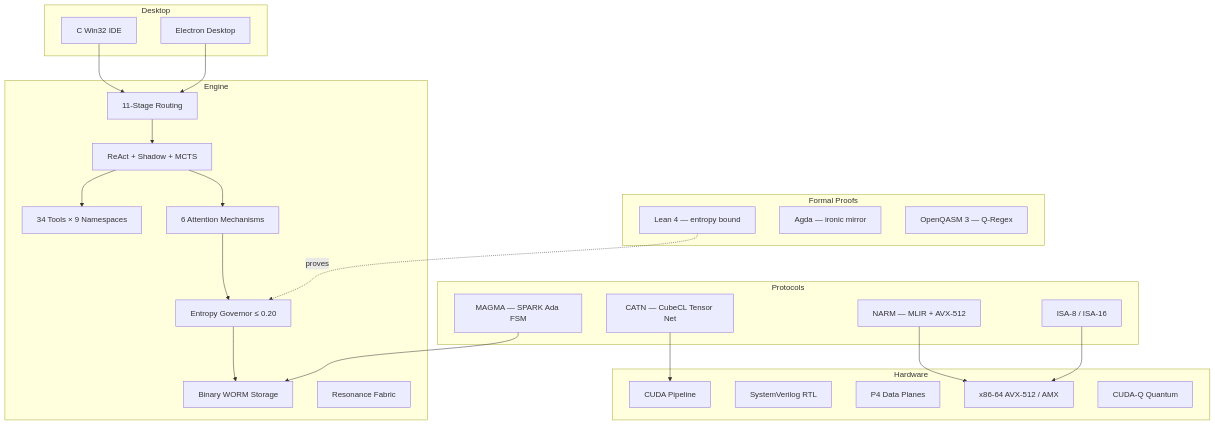
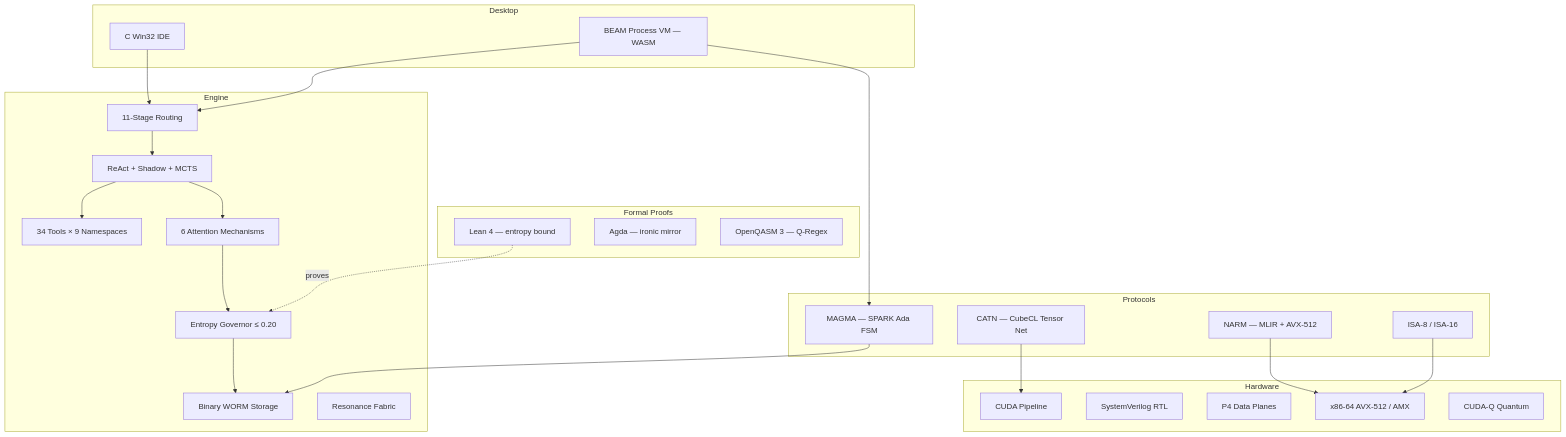
Before and after one commit to SNAPKITTYWEST/sovereign-engine-v2: the diagram in README.md, drawn with Mermaid. The commit also changed other lines of this file and 3 other files, not shown here.

First line of the commit message:
replace Electron/TypeScript IDE with BEAM process VM in WASM

````diff
--- a/README.md
+++ b/README.md
@@ -81,51 +78,52 @@
 ```mermaid
 graph TB
     subgraph "Formal Proofs"
         LEAN[Lean 4 — entropy bound]
         AGDA[Agda — ironic mirror]
         QASM[OpenQASM 3 — Q-Regex]
     end
 
     subgraph "Desktop"
         IDE_C[C Win32 IDE]
-        IDE_E[Electron Desktop]
+        BEAM[BEAM Process VM — WASM]
     end
 
     subgraph "Engine"
         ROUTE[11-Stage Routing]
         AGENT[ReAct + Shadow + MCTS]
         TOOLS[34 Tools × 9 Namespaces]
         WORM[Binary WORM Storage]
         ATTN[6 Attention Mechanisms]
         RES[Resonance Fabric]
         ENT[Entropy Governor ≤ 0.20]
     end
 
     subgraph "Protocols"
         MAGMA[MAGMA — SPARK Ada FSM]
         NARM[NARM — MLIR + AVX-512]
         CATN[CATN — CubeCL Tensor Net]
         ISA[ISA-8 / ISA-16]
     end
 
     subgraph "Hardware"
         CUDA[CUDA Pipeline]
         RTL[SystemVerilog RTL]
         P4[P4 Data Planes]
         ASM[x86-64 AVX-512 / AMX]
         CUDAQ[CUDA-Q Quantum]
     end
 
     IDE_C --> ROUTE
-    IDE_E --> ROUTE
+    BEAM --> ROUTE
+    BEAM --> MAGMA
     ROUTE --> AGENT
     AGENT --> TOOLS
     AGENT --> ATTN
     ATTN --> ENT
     ENT --> WORM
     MAGMA --> WORM
     NARM --> ASM
     CATN --> CUDA
     ISA --> ASM
     LEAN -.->|proves| ENT
 ```
````
